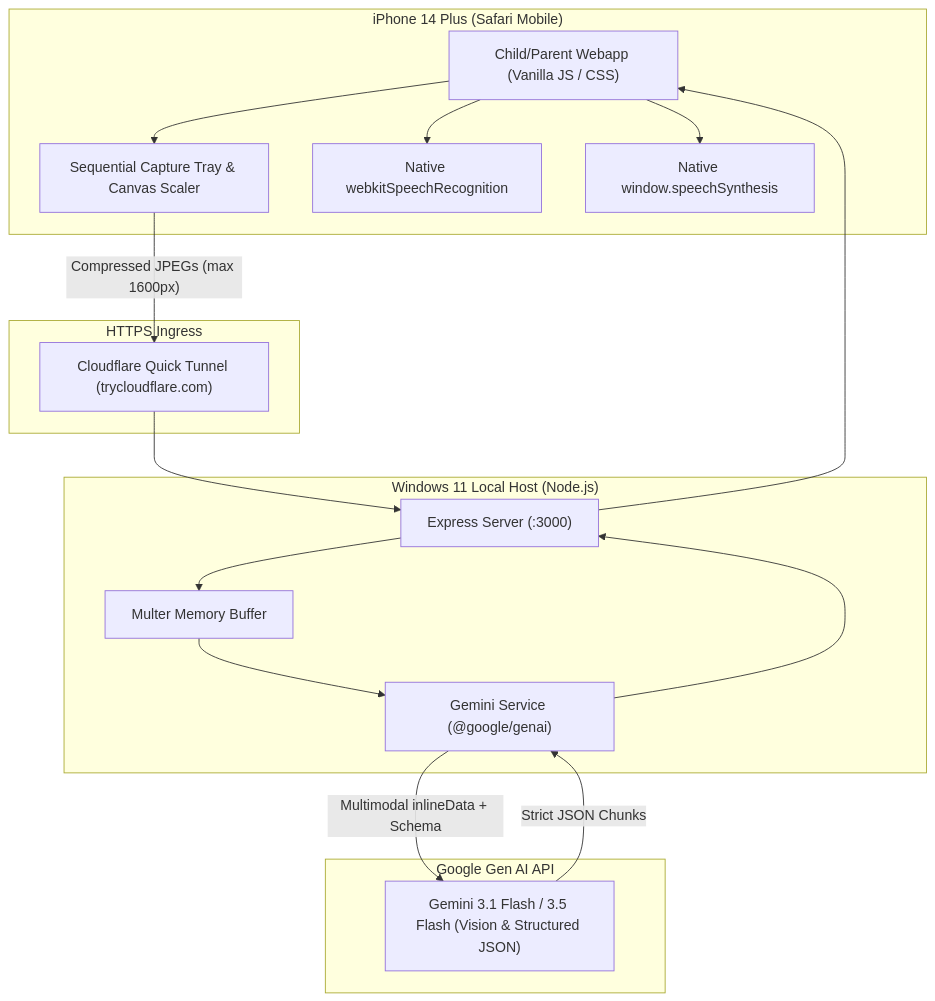
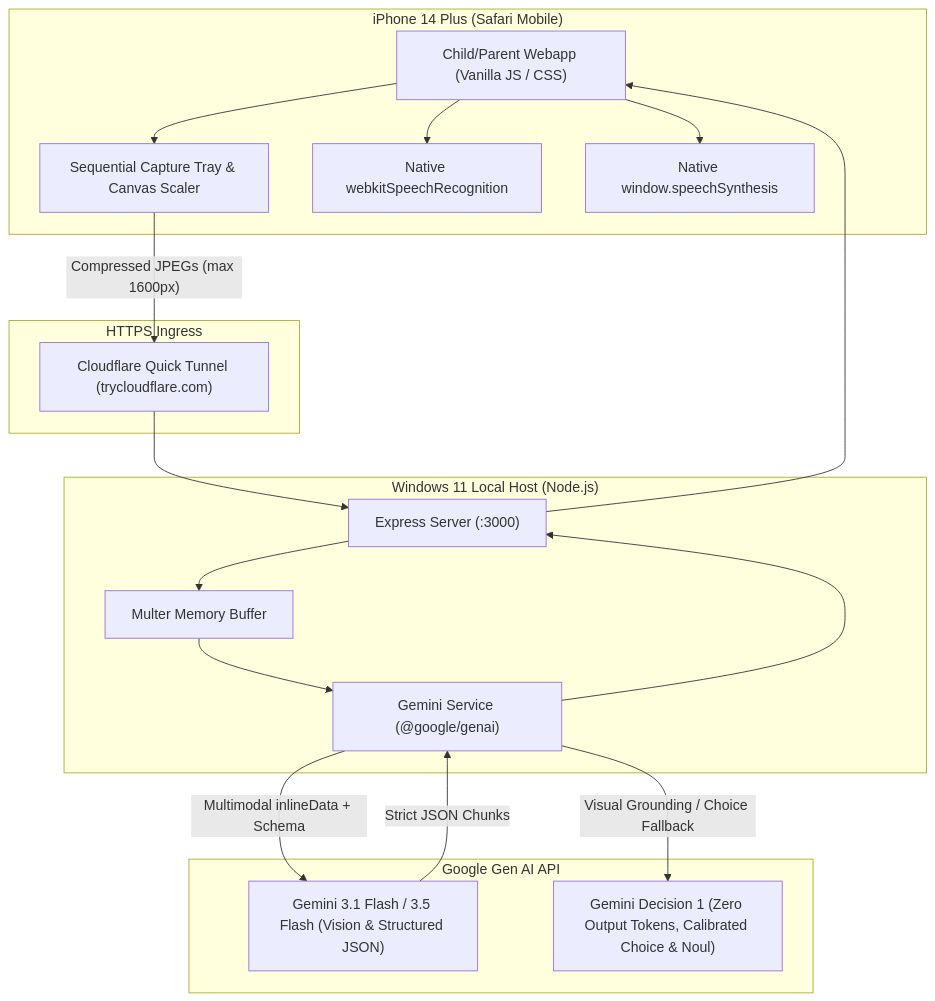
Before and after one commit to kentch2013/StoryReader: the first of 3 diagrams in architecture.md, drawn with Mermaid. The commit also changed other lines of this file and 9 other files, not shown here.

Commit message:
feat: integrate Gemini Decision 1 with offline circuit breaker and update handoff docs

````diff
--- a/architecture.md
+++ b/architecture.md
@@ -12,35 +12,37 @@
 ```mermaid
 graph TD
     subgraph Client ["iPhone 14 Plus (Safari Mobile)"]
         UI["Child/Parent Webapp (Vanilla JS / CSS)"]
         CAM["Sequential Capture Tray & Canvas Scaler"]
         STT["Native webkitSpeechRecognition"]
         TTS["Native window.speechSynthesis"]
     end
 
     subgraph Tunnel ["HTTPS Ingress"]
         CFT["Cloudflare Quick Tunnel (trycloudflare.com)"]
     end
 
     subgraph Host ["Windows 11 Local Host (Node.js)"]
         EXPRESS["Express Server (:3000)"]
         MULTER["Multer Memory Buffer"]
         GEMINI_SVC["Gemini Service (@google/genai)"]
     end
 
     subgraph Cloud ["Google Gen AI API"]
         GEMINI["Gemini 3.1 Flash / 3.5 Flash (Vision & Structured JSON)"]
+        DECISION["Gemini Decision 1 (Zero Output Tokens, Calibrated Choice & Noul)"]
     end
 
     UI --> CAM
     CAM -- "Compressed JPEGs (max 1600px)" --> CFT
     CFT --> EXPRESS
     EXPRESS --> MULTER
     MULTER --> GEMINI_SVC
     GEMINI_SVC -- "Multimodal inlineData + Schema" --> GEMINI
+    GEMINI_SVC -- "Visual Grounding / Choice Fallback" --> DECISION
     GEMINI -- "Strict JSON Chunks" --> GEMINI_SVC
     GEMINI_SVC --> EXPRESS
     EXPRESS --> UI
     UI --> TTS
     UI --> STT
 ```
````
